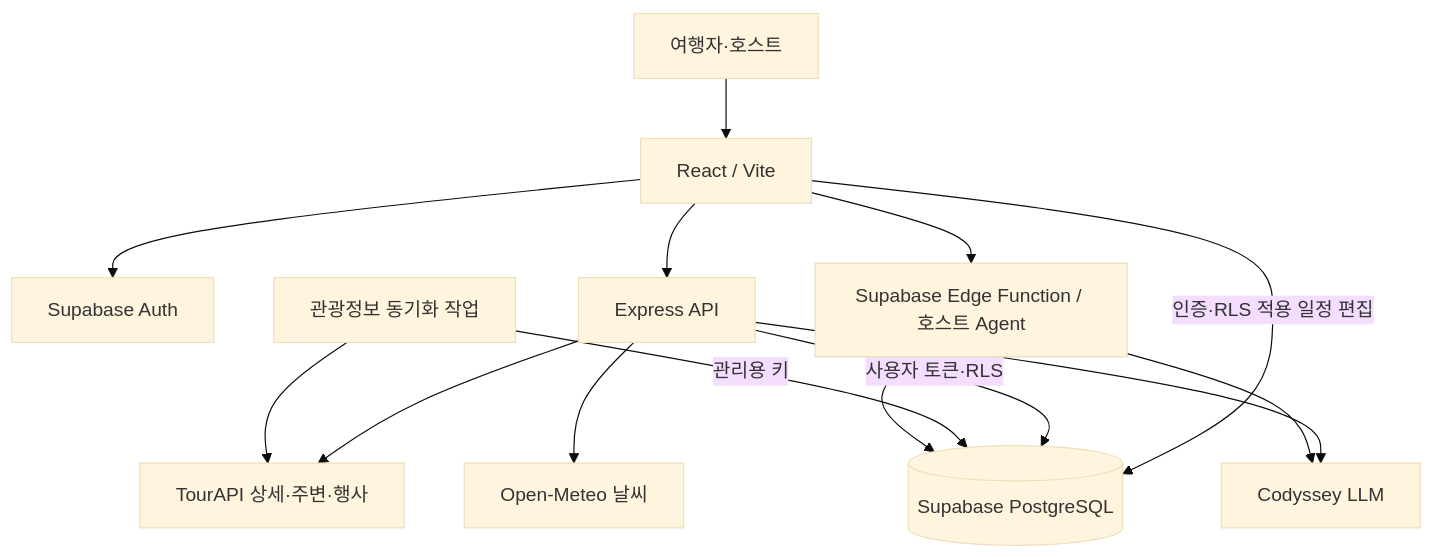
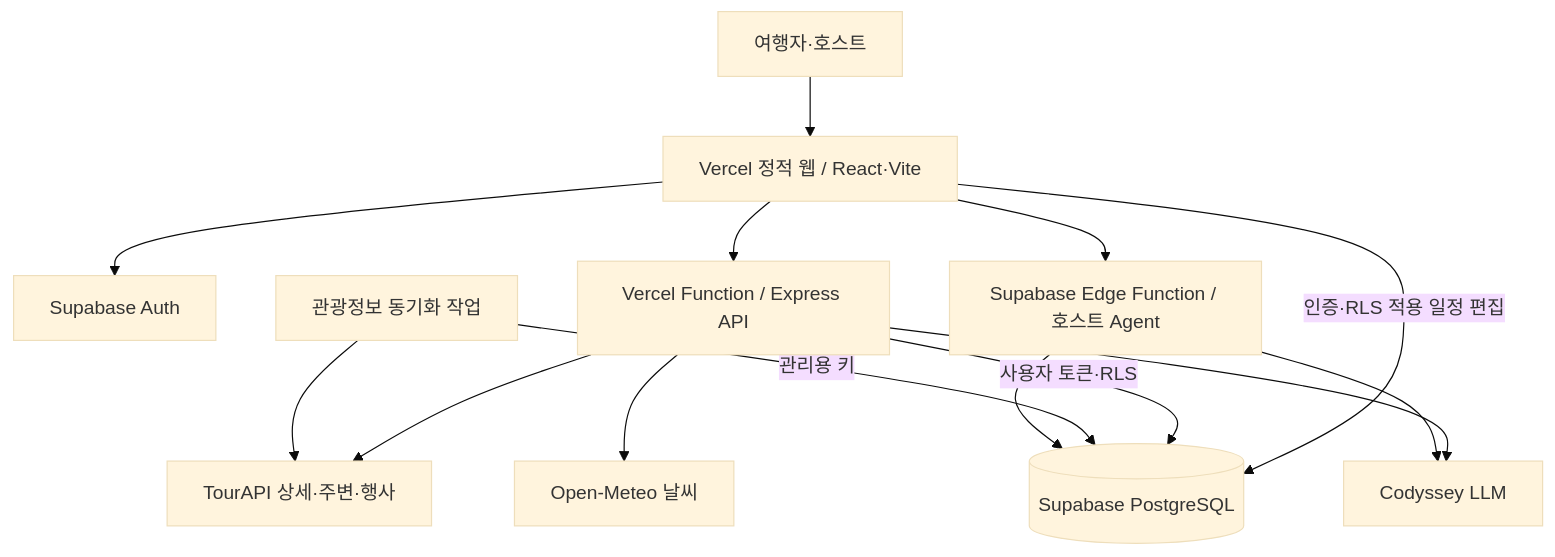
Before and after one commit to inyoung7-lab/AI-Travel-Planner: the second of 2 diagrams in README.md, drawn with Mermaid (base theme). The commit also changed other lines of this file and 43 other files, not shown here.

````diff
--- a/README.md
+++ b/README.md
@@ -138,16 +138,16 @@
 ```mermaid
 flowchart TD
-    U[여행자·호스트] --> W[React / Vite]
+    U[여행자·호스트] --> W[Vercel 정적 웹 / React·Vite]
     W --> A[Supabase Auth]
-    W --> E[Express API]
+    W --> E[Vercel Function / Express API]
     W -->|인증·RLS 적용 일정 편집| P[(Supabase PostgreSQL)]
     E -->|사용자 토큰·RLS| P
     E --> L[Codyssey LLM]
     E --> T[TourAPI 상세·주변·행사]
     E --> M[Open-Meteo 날씨]
     S[관광정보 동기화 작업] --> T
     S -->|관리용 키| P
     W --> G[Supabase Edge Function / 호스트 Agent]
     G --> P
     G --> L
 ```
````
